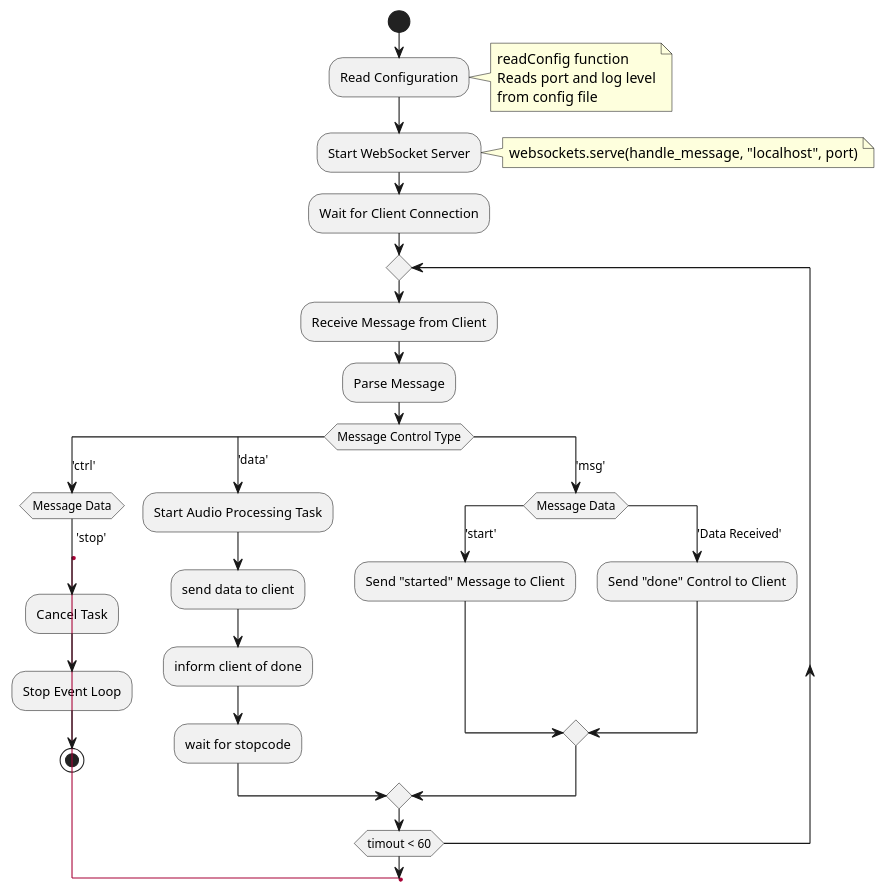
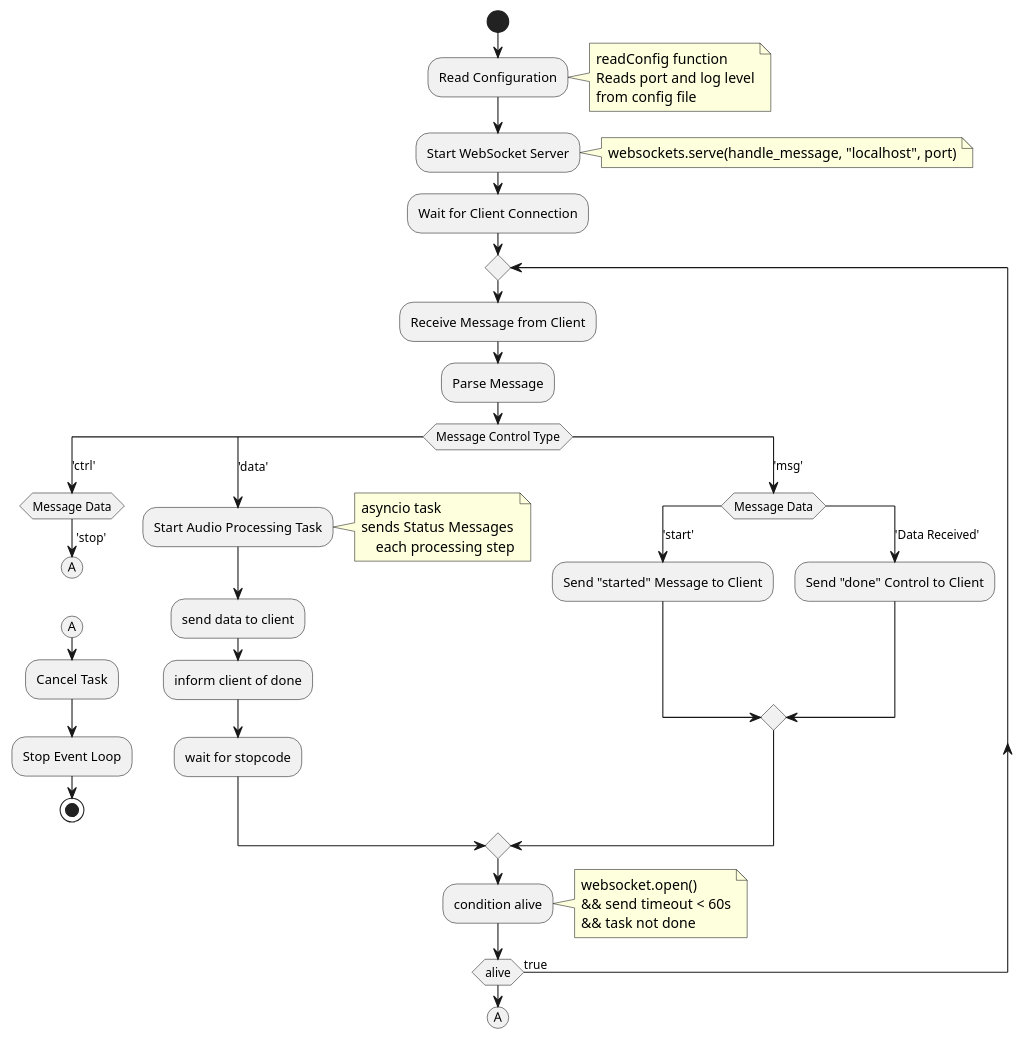
Before and after one commit to halatsWol/AdobePremierePro-SmartCut: the diagram in docs/diagrams/py_activity.puml, drawn with PlantUML. The commit also changed 8 other files, not shown here.

Commit message:
code cleanup & diagrams

```diff
--- a/docs/diagrams/py_activity.puml
+++ b/docs/diagrams/py_activity.puml
@@ -1,55 +1,65 @@
 @startuml
 
 start
 
 :Read Configuration;
 note right
 readConfig function
 Reads port and log level
 from config file
 end note
 
 :Start WebSocket Server;
 note right
 websockets.serve(handle_message, "localhost", port)
 end note
 
 :Wait for Client Connection;
 
 repeat
   :Receive Message from Client;
   :Parse Message;
   switch (Message Control Type)
     case ('ctrl')
       switch (Message Data)
         case ('stop')
-          label stoptsk
+          (A)
+          detach
+          (A)
           :Cancel Task;
           :Stop Event Loop;
           stop
       endswitch
     case ('data')
       :Start Audio Processing Task;
+      note right
+      asyncio task
+      sends Status Messages
+          each processing step
+      end note
       :send data to client;
       :inform client of done;
       :wait for stopcode;
     case ('msg')
       switch (Message Data)
         case ('start')
           :Send "started" Message to Client;
         case ('Data Received')
           :Send "done" Control to Client;
       endswitch
   endswitch
 
 
-
-repeat while (timout < 60)
-
-goto stoptsk
-
+:condition alive;
+note right
+websocket.open()
+&& send timeout < 60s
+&& task not done
+end note
+repeat while (alive) is (true)
+(A)
 
 
 
 
 @enduml
```
